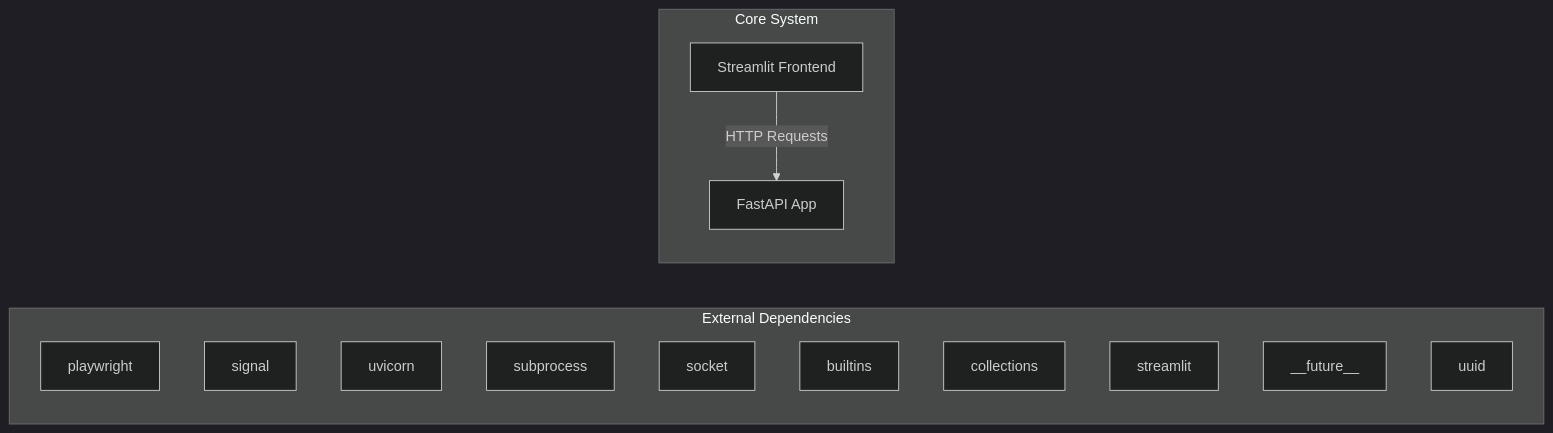
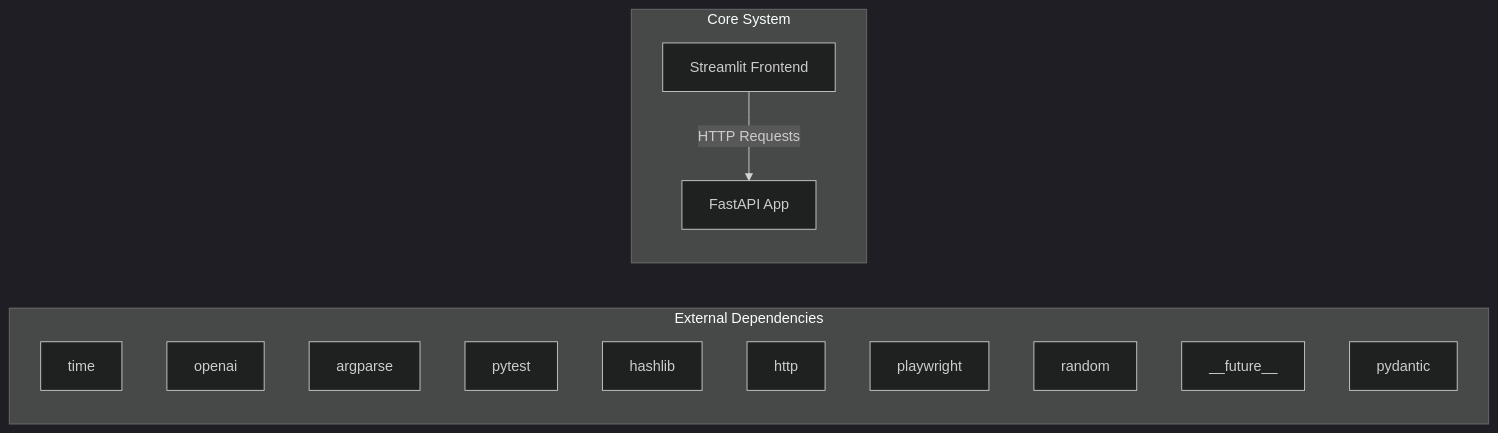
Before and after one commit to NITISH-R-G/rag-context-optimizer: the first of 2 diagrams in docs/architecture.md, drawn with Mermaid (dark theme). The commit also changed 1 other file, not shown here.

Commit message:
docs: auto-update repository knowledge, architecture diagrams, and documentation

````diff
--- a/docs/architecture.md
+++ b/docs/architecture.md
@@ -7,20 +7,20 @@
 ```mermaid
 graph LR
     subgraph External Dependencies
-        E0["playwright"]
-        E1["signal"]
-        E2["uvicorn"]
-        E3["subprocess"]
-        E4["socket"]
-        E5["builtins"]
-        E6["collections"]
-        E7["streamlit"]
+        E0["time"]
+        E1["openai"]
+        E2["argparse"]
+        E3["pytest"]
+        E4["hashlib"]
+        E5["http"]
+        E6["playwright"]
+        E7["random"]
         E8["__future__"]
-        E9["uuid"]
+        E9["pydantic"]
     end
     subgraph Core System
         API["FastAPI App"]
         UI["Streamlit Frontend"]
     end
     UI -->|HTTP Requests| API
 ```
````
